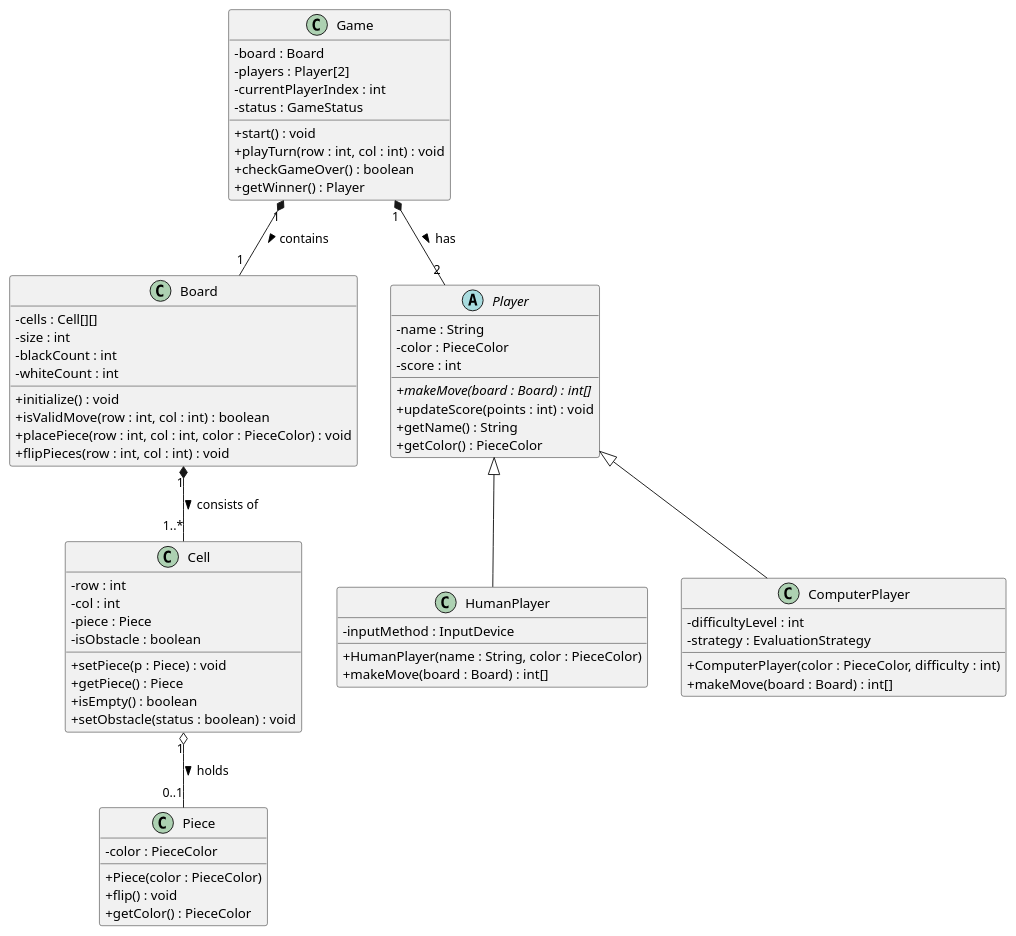
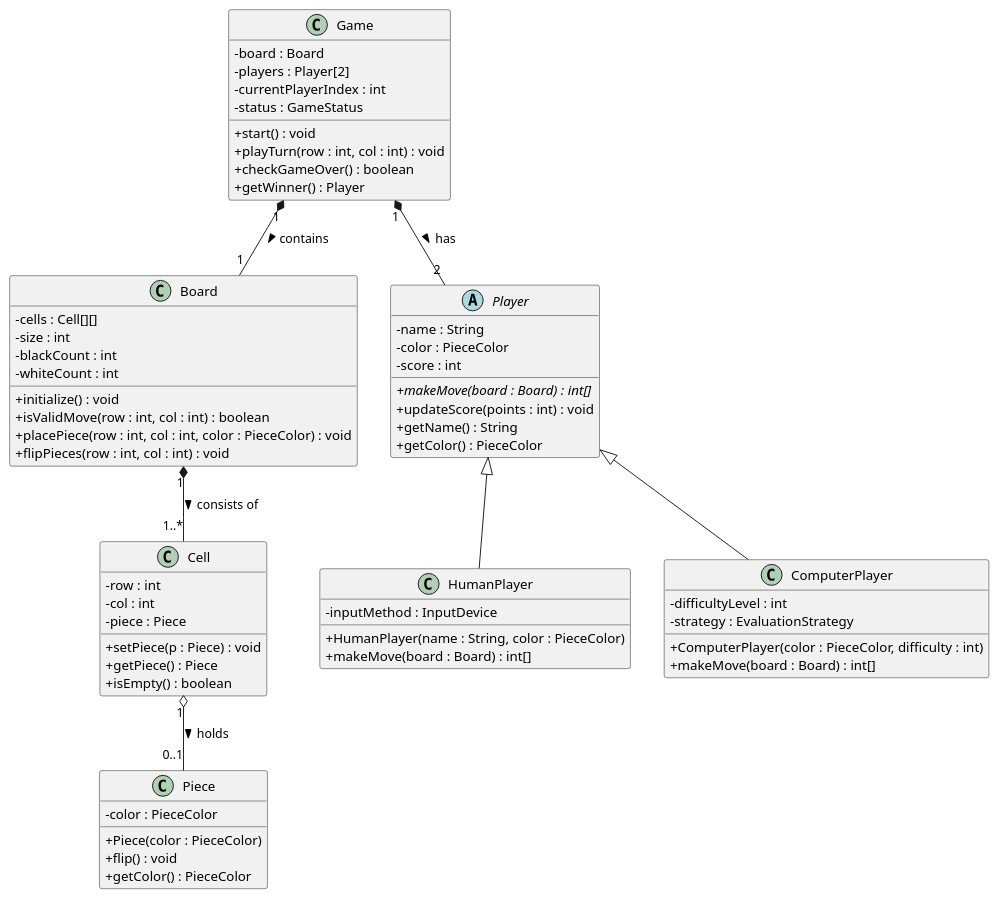
One commit to MichelMelhem/MyReversiGrp13 changed the diagram in reversi_domain.puml. Above: the diagram before and after it, drawn with PlantUML.

Commit message:
Remove visibility modifiers from class attributes

```diff
--- a/reversi_domain.puml
+++ b/reversi_domain.puml
@@ -1,74 +1,72 @@
 @startuml
 skinparam classAttributeIconSize 0
 
 class Game {
-    - board : Board
-    - players : Player[2]
-    - currentPlayerIndex : int
-    - status : GameStatus
-    + start() : void
-    + playTurn(row : int, col : int) : void
-    + checkGameOver() : boolean
-    + getWinner() : Player
+  - board : Board
+  - players : Player[2]
+  - currentPlayerIndex : int
+  - status : GameStatus
+  + start() : void
+  + playTurn(row : int, col : int) : void
+  + checkGameOver() : boolean
+  + getWinner() : Player
 }
 
 class Board {
-    - cells : Cell[][]
-    - size : int
-    - blackCount : int
-    - whiteCount : int
-    + initialize() : void
-    + isValidMove(row : int, col : int) : boolean
-    + placePiece(row : int, col : int, color : PieceColor) : void
-    + flipPieces(row : int, col : int) : void
+  - cells : Cell[][]
+  - size : int
+  - blackCount : int
+  - whiteCount : int
+  + initialize() : void
+  + isValidMove(row : int, col : int) : boolean
+  + placePiece(row : int, col : int, color : PieceColor) : void
+  + flipPieces(row : int, col : int) : void
 }
 
 class Cell {
-    - row : int
-    - col : int
-    - piece : Piece
-    - isObstacle : boolean
-    + setPiece(p : Piece) : void
-    + getPiece() : Piece
-    + isEmpty() : boolean
-    + setObstacle(status : boolean) : void
+  - row : int
+  - col : int
+  - piece : Piece
+  + setPiece(p : Piece) : void
+  + getPiece() : Piece
+  + isEmpty() : boolean
 }
 
 class Piece {
-    - color : PieceColor
-    + Piece(color : PieceColor)
-    + flip() : void
-    + getColor() : PieceColor
+  - color : PieceColor
+  + Piece(color : PieceColor)
+  + flip() : void
+  + getColor() : PieceColor
 }
 
 abstract class Player {
-    - name : String
-    - color : PieceColor
-    - score : int
-    + {abstract} makeMove(board : Board) : int[]
-    + updateScore(points : int) : void
-    + getName() : String
-    + getColor() : PieceColor
+  - name : String
+  - color : PieceColor
+  - score : int
+  + {abstract} makeMove(board : Board) : int[]
+  + updateScore(points : int) : void
+  + getName() : String
+  + getColor() : PieceColor
 }
 
 class HumanPlayer {
-    - inputMethod : InputDevice
-    + HumanPlayer(name : String, color : PieceColor)
-    + makeMove(board : Board) : int[]
+  - inputMethod : InputDevice
+  + HumanPlayer(name : String, color : PieceColor)
+  + makeMove(board : Board) : int[]
 }
 
 class ComputerPlayer {
-    - difficultyLevel : int
-    - strategy : EvaluationStrategy
-    + ComputerPlayer(color : PieceColor, difficulty : int)
-    + makeMove(board : Board) : int[]
+  - difficultyLevel : int
+  - strategy : EvaluationStrategy
+  + ComputerPlayer(color : PieceColor, difficulty : int)
+  + makeMove(board : Board) : int[]
 }
 
 Game "1" *-- "1" Board : contains >
 Game "1" *-- "2" Player : has >
 Board "1" *-- "1..*" Cell : consists of >
 Cell "1" o-- "0..1" Piece : holds >
+
 Player <|-- HumanPlayer
 Player <|-- ComputerPlayer
-
 @enduml
```
